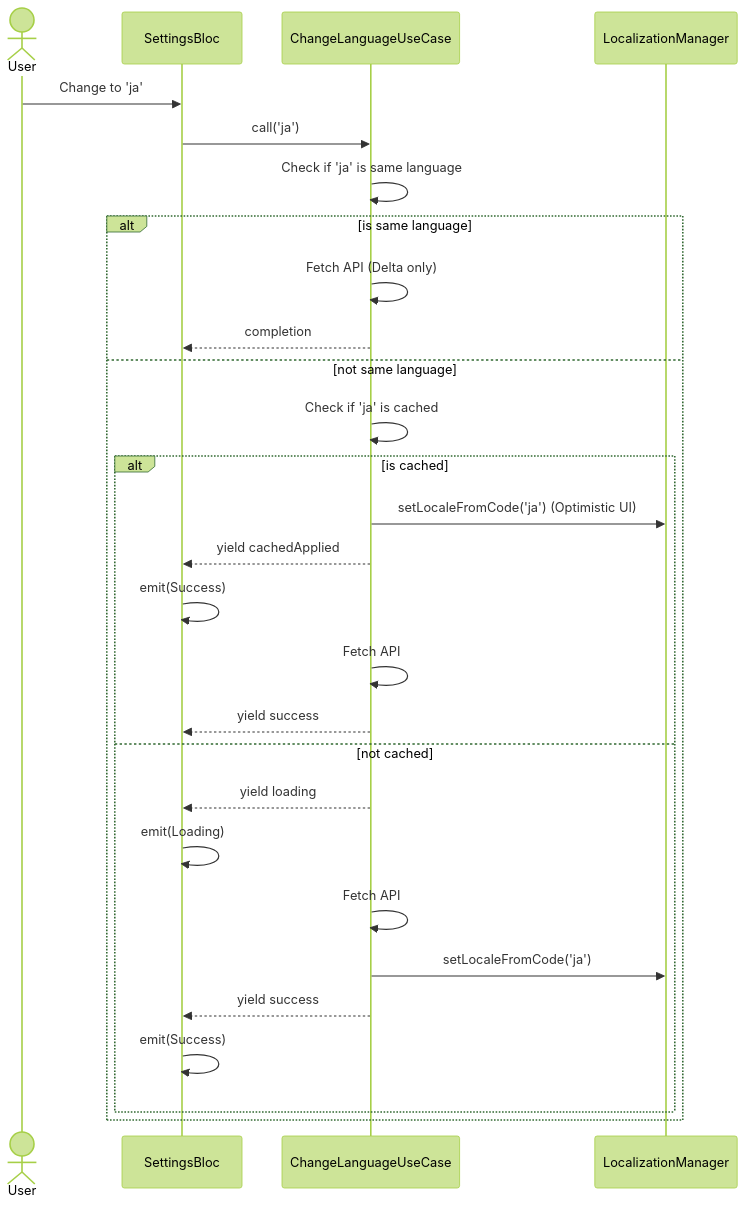
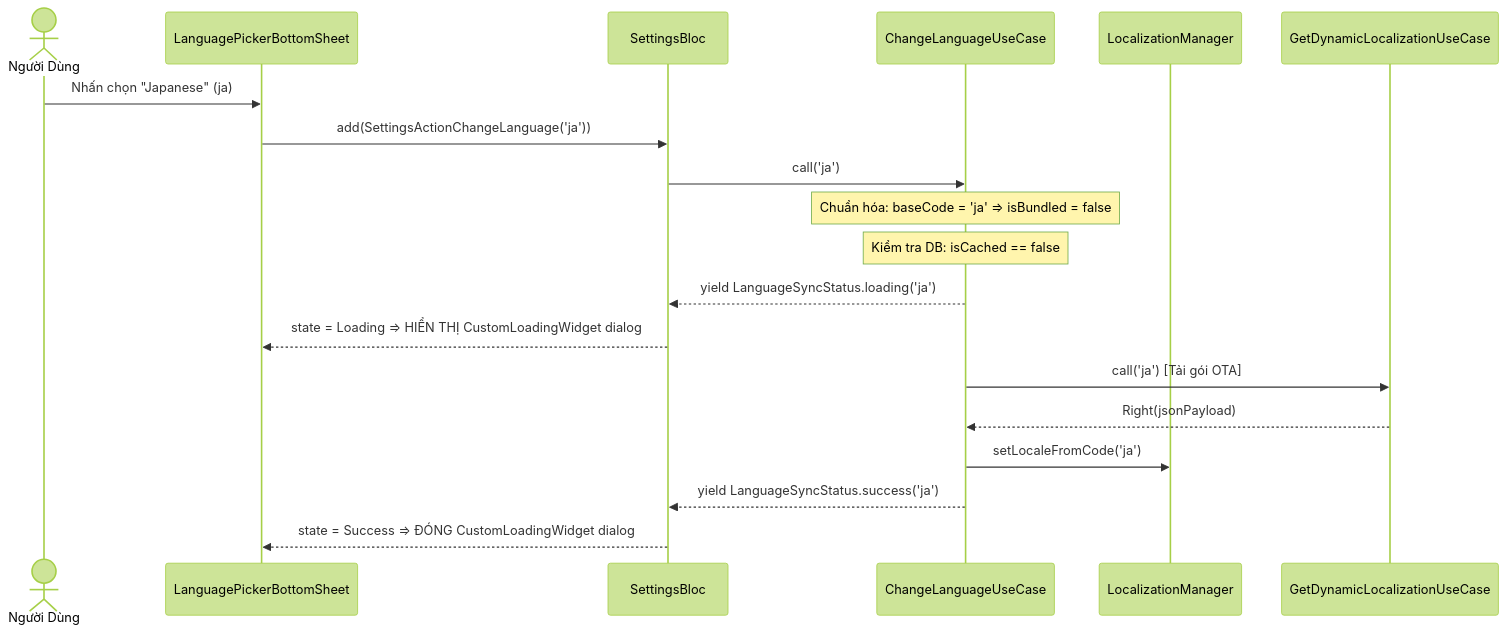
One commit to DanhDue/bloc_digital_wallet changed the fourth of 4 diagrams in .devtool/epic/settings_bugfixes/settings_bugfixes.vi.md. Above: the diagram before and after it, drawn with Mermaid (forest theme). The commit also changed other lines of this file and 8 other files, not shown here.

First line of the commit message:
[SETTINGS_BUGFIXES] Update HLD and Kanban tasks for language switching bugfix

````diff
--- a/.devtool/epic/settings_bugfixes/settings_bugfixes.vi.md
+++ b/.devtool/epic/settings_bugfixes/settings_bugfixes.vi.md
@@ -49,31 +130,25 @@
 ```mermaid
 sequenceDiagram
-    actor User
+    actor User as Người Dùng
+    participant Picker as LanguagePickerBottomSheet
     participant Bloc as SettingsBloc
     participant UC as ChangeLanguageUseCase
     participant LM as LocalizationManager
+    participant Remote as GetDynamicLocalizationUseCase
+
+    User->>Picker: Nhấn chọn "Japanese" (ja)
+    Picker->>Bloc: add(SettingsActionChangeLanguage('ja'))
+    Bloc->>UC: call('ja')
     
-    User->>Bloc: Change to 'ja'
-    Bloc->>UC: call('ja')
-    UC->>UC: Check if 'ja' is same language
-    alt is same language
-        UC->>UC: Fetch API (Delta only)
-        UC-->>Bloc: completion
-    else not same language
-        UC->>UC: Check if 'ja' is cached
-        alt is cached
-            UC->>LM: setLocaleFromCode('ja') (Optimistic UI)
-            UC-->>Bloc: yield cachedApplied
-            Bloc->>Bloc: emit(Success)
-            UC->>UC: Fetch API
-            UC-->>Bloc: yield success
-        else not cached
-            UC-->>Bloc: yield loading
-            Bloc->>Bloc: emit(Loading)
-            UC->>UC: Fetch API
-            UC->>LM: setLocaleFromCode('ja')
-            UC-->>Bloc: yield success
-            Bloc->>Bloc: emit(Success)
-        end
-    end
+    Note over UC: Chuẩn hóa: baseCode = 'ja' => isBundled = false
+    Note over UC: Kiểm tra DB: isCached == false
+    
+    UC-->>Bloc: yield LanguageSyncStatus.loading('ja')
+    Bloc-->>Picker: state = Loading => HIỂN THỊ CustomLoadingWidget dialog
+    
+    UC->>Remote: call('ja') [Tải gói OTA]
+    Remote-->>UC: Right(jsonPayload)
+    UC->>LM: setLocaleFromCode('ja')
+    UC-->>Bloc: yield LanguageSyncStatus.success('ja')
+    Bloc-->>Picker: state = Success => ĐÓNG CustomLoadingWidget dialog
 ```
````
